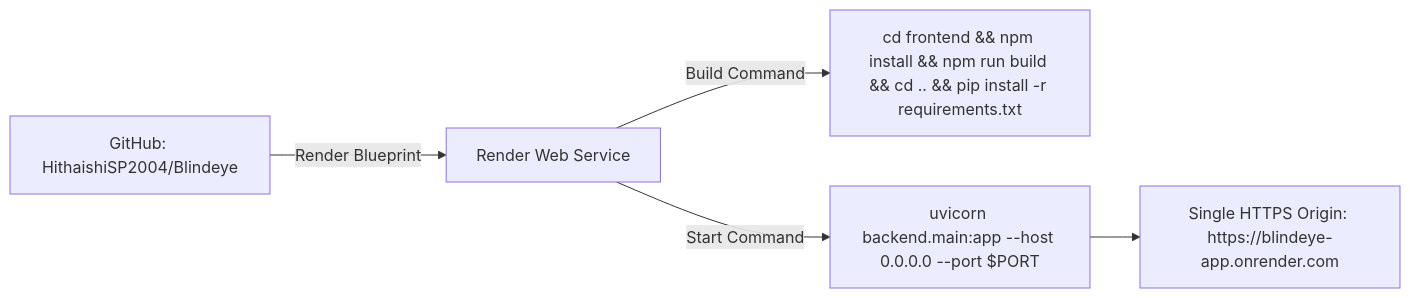
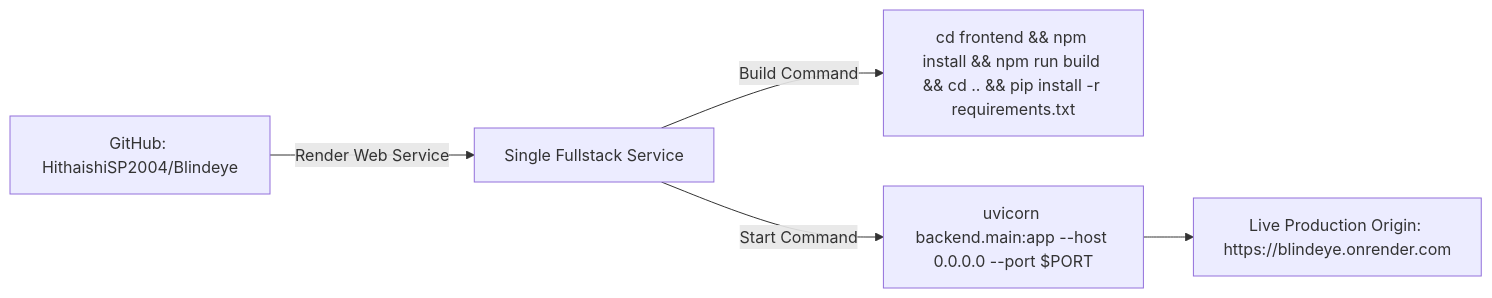
Before and after one commit to HithaishiSP2004/Blindeye: the fourth of 4 diagrams in README.md, drawn with Mermaid. The commit also changed other lines of this file, not shown here.

Commit message:
docs(readme): finalize production documentation and live deployment details

````diff
--- a/README.md
+++ b/README.md
@@ -456,7 +474,7 @@
 ```mermaid
 flowchart LR
-    A[GitHub: HithaishiSP2004/Blindeye] -->|Render Blueprint| B[Render Web Service]
+    A[GitHub: HithaishiSP2004/Blindeye] -->|Render Web Service| B[Single Fullstack Service]
     B -->|Build Command| C[cd frontend && npm install && npm run build && cd .. && pip install -r requirements.txt]
     B -->|Start Command| D[uvicorn backend.main:app --host 0.0.0.0 --port $PORT]
-    D --> E[Single HTTPS Origin: https://blindeye-app.onrender.com]
+    D --> E[Live Production Origin: https://blindeye.onrender.com]
 ```
````
